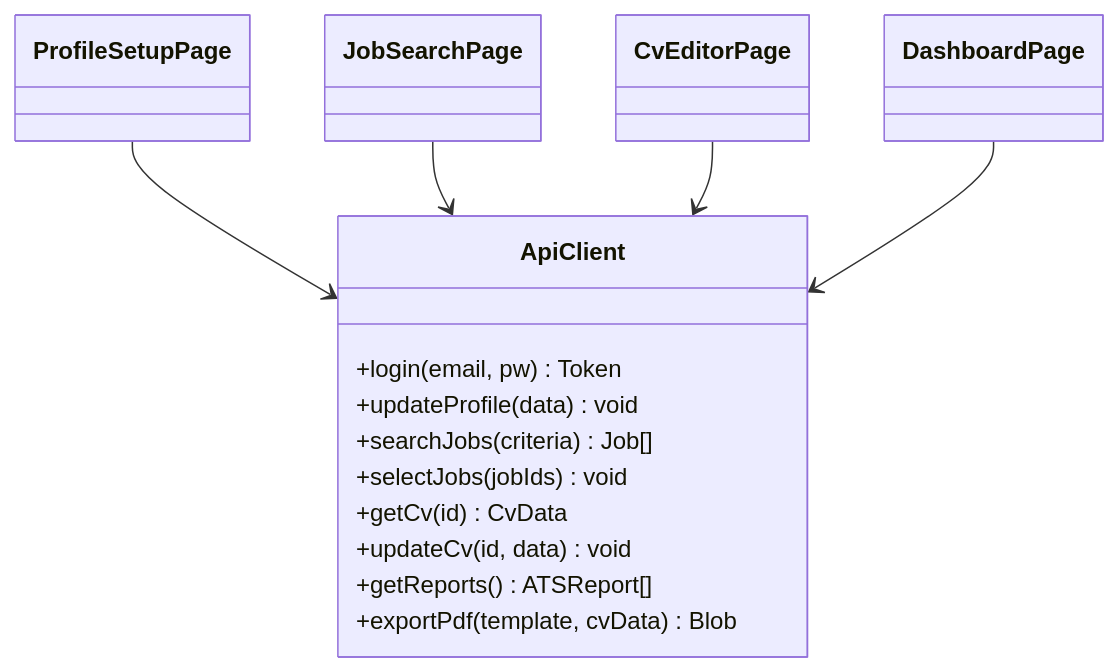
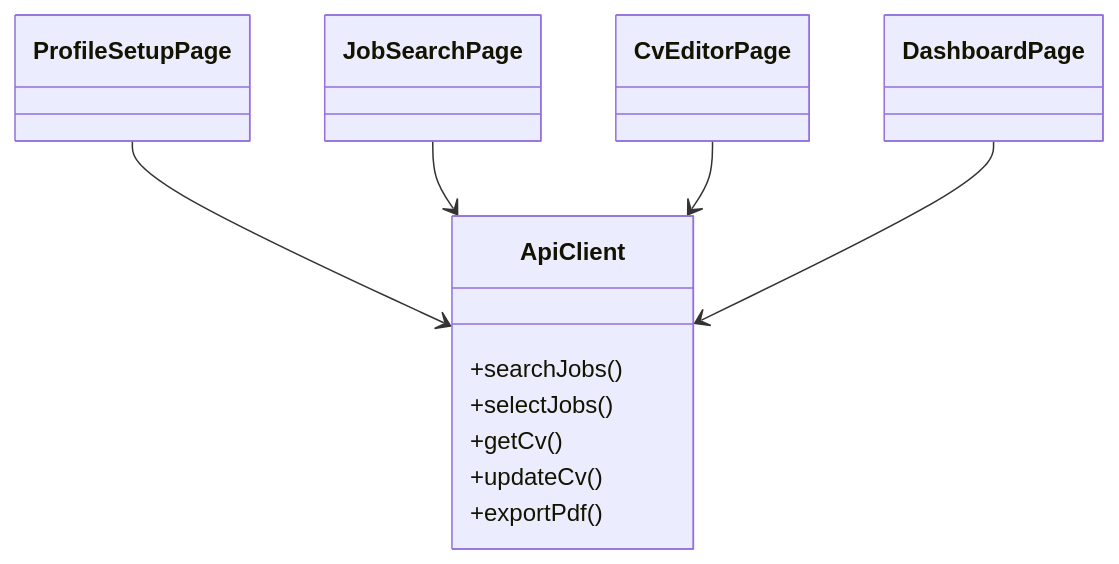
One commit to Tooltu-deve/Autonomous-Career-Agent changed the ninth of 9 diagrams in docs/CLASS_DIAGRAM.md. Above: the diagram before and after it, drawn with Mermaid. The commit also changed other lines of this file, not shown here.

Commit message:
docs: simplify class diagrams to core classes per component

````diff
--- a/docs/CLASS_DIAGRAM.md
+++ b/docs/CLASS_DIAGRAM.md
@@ -411,21 +248,14 @@
 ```mermaid
 classDiagram
     class ApiClient {
-        +login(email, pw) Token
-        +updateProfile(data) void
-        +searchJobs(criteria) Job[]
-        +selectJobs(jobIds) void
-        +getCv(id) CvData
-        +updateCv(id, data) void
-        +getReports() ATSReport[]
-        +exportPdf(template, cvData) Blob
+        +searchJobs()
+        +selectJobs()
+        +getCv()
+        +updateCv()
+        +exportPdf()
     }
-    class ProfileSetupPage
-    class JobSearchPage
-    class CvEditorPage
-    class DashboardPage
     ProfileSetupPage --> ApiClient
     JobSearchPage --> ApiClient
     CvEditorPage --> ApiClient
     DashboardPage --> ApiClient
 ```
````
